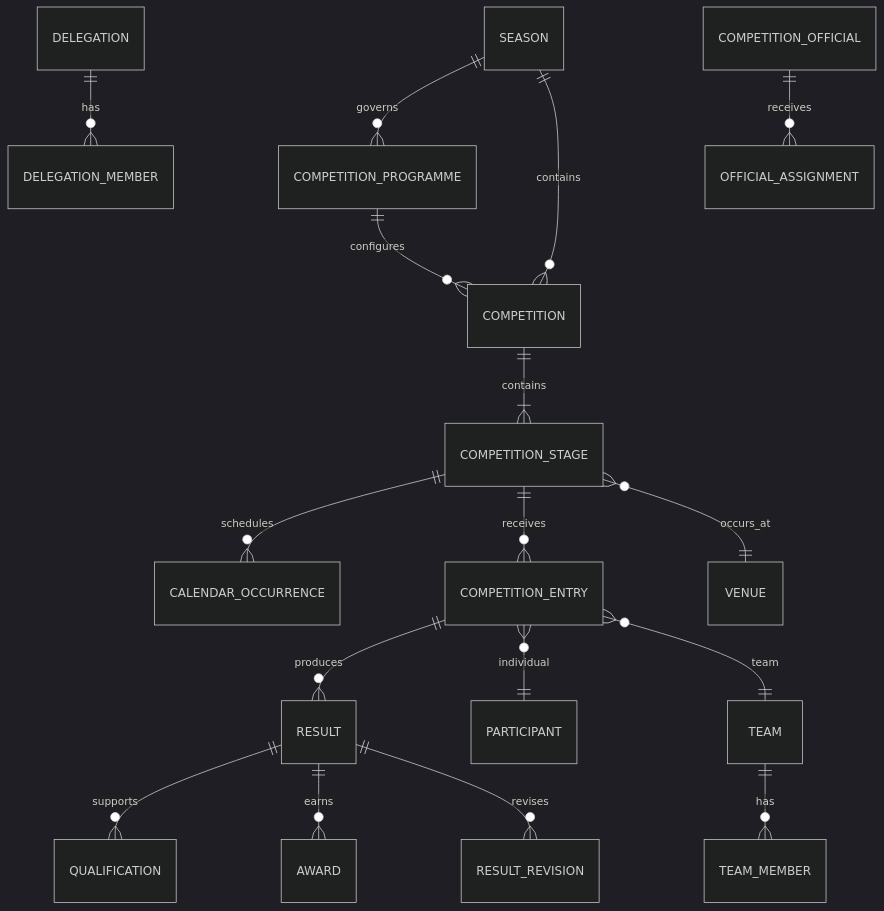
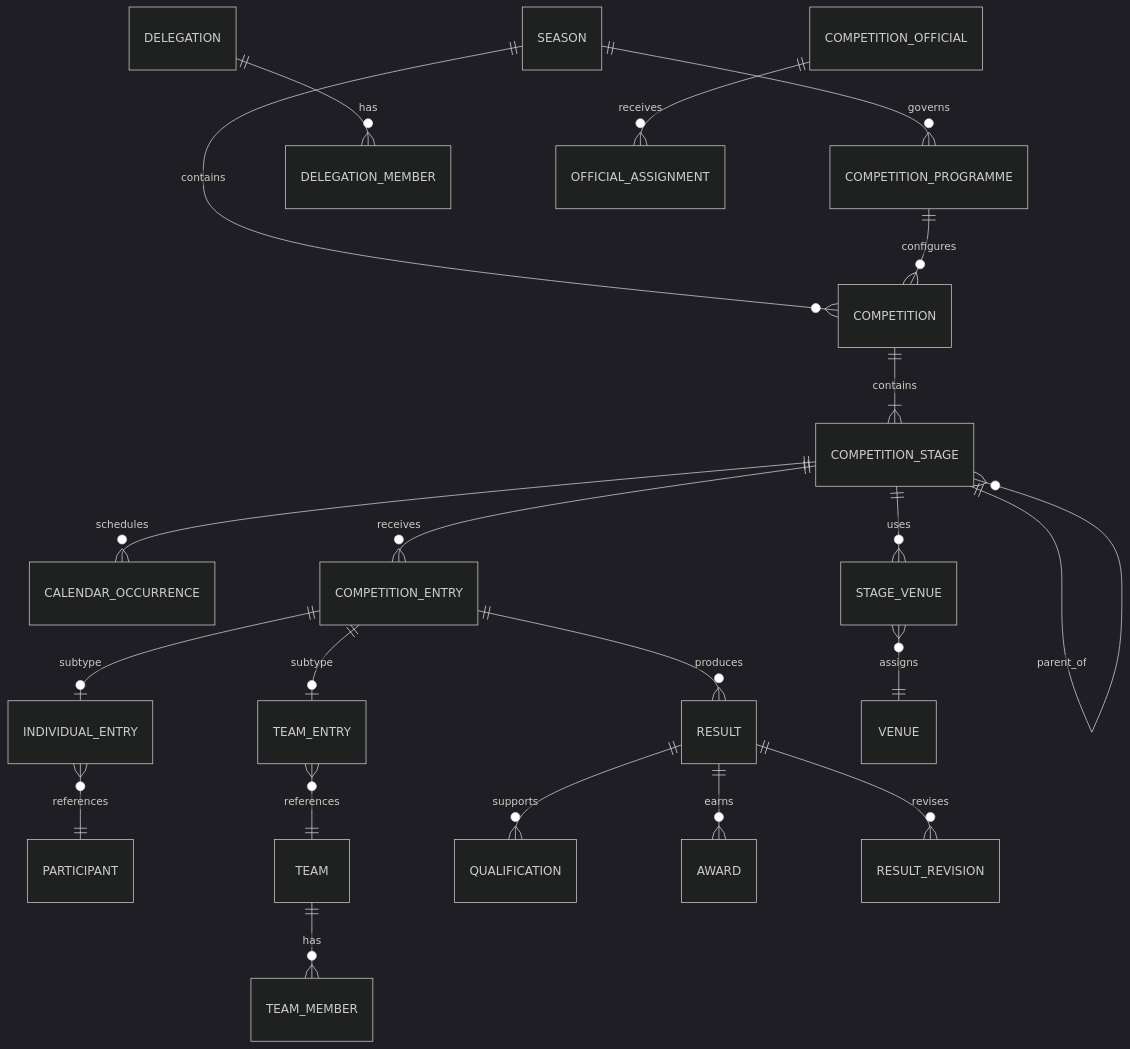
Before and after one commit to alandalousservice-bot/NSSMS-public: the first of 4 diagrams in docs/004_Database/005_Competition_Domain_Logical_Model.md, drawn with Mermaid (dark theme). The commit also changed other lines of this file, not shown here.

Commit message:
Refine competition logical model review corrections

````diff
--- a/docs/004_Database/005_Competition_Domain_Logical_Model.md
+++ b/docs/004_Database/005_Competition_Domain_Logical_Model.md
@@ -145,19 +173,23 @@
 ```mermaid
 erDiagram
   SEASON ||--o{ COMPETITION_PROGRAMME : governs
   SEASON ||--o{ COMPETITION : contains
   COMPETITION_PROGRAMME ||--o{ COMPETITION : configures
   COMPETITION ||--|{ COMPETITION_STAGE : contains
+  COMPETITION_STAGE ||--o{ COMPETITION_STAGE : parent_of
   COMPETITION_STAGE ||--o{ CALENDAR_OCCURRENCE : schedules
   COMPETITION_STAGE ||--o{ COMPETITION_ENTRY : receives
+  COMPETITION_ENTRY ||--o| INDIVIDUAL_ENTRY : subtype
+  COMPETITION_ENTRY ||--o| TEAM_ENTRY : subtype
+  INDIVIDUAL_ENTRY }o--|| PARTICIPANT : references
+  TEAM_ENTRY }o--|| TEAM : references
   COMPETITION_ENTRY ||--o{ RESULT : produces
   RESULT ||--o{ QUALIFICATION : supports
   RESULT ||--o{ AWARD : earns
   RESULT ||--o{ RESULT_REVISION : revises
-  COMPETITION_ENTRY }o--|| PARTICIPANT : individual
-  COMPETITION_ENTRY }o--|| TEAM : team
   TEAM ||--o{ TEAM_MEMBER : has
   DELEGATION ||--o{ DELEGATION_MEMBER : has
   COMPETITION_OFFICIAL ||--o{ OFFICIAL_ASSIGNMENT : receives
-  COMPETITION_STAGE }o--|| VENUE : occurs_at
+  COMPETITION_STAGE ||--o{ STAGE_VENUE : uses
+  STAGE_VENUE }o--|| VENUE : assigns
 ```
````
